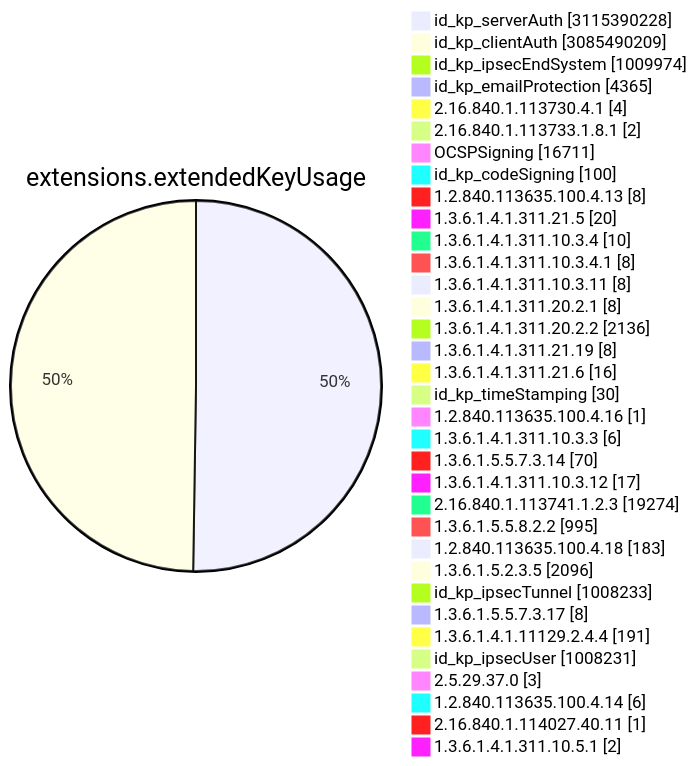
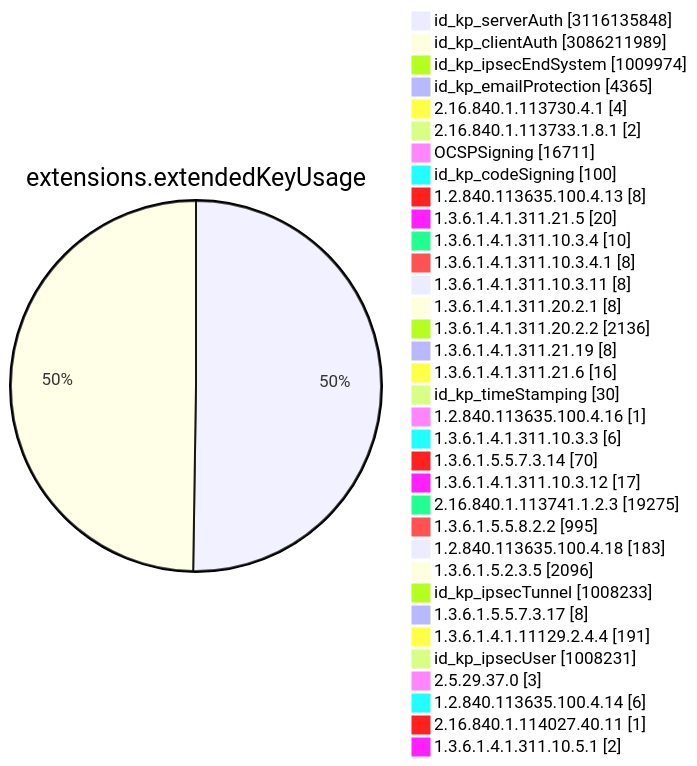
One commit to christiankrug/ctmonitor_visualization changed diagram 11 of 15 in TOTAL/README.md. Above: the diagram before and after it, drawn with Mermaid. The commit also changed other lines of this file, not shown here.

````diff
--- a/TOTAL/README.md
+++ b/TOTAL/README.md
@@ -4117,38 +4117,38 @@
 ```mermaid
 pie showData
 title extensions.extendedKeyUsage
-"id_kp_serverAuth" :3115390228
-"id_kp_clientAuth" :3085490209
+"id_kp_serverAuth" :3116135848
+"id_kp_clientAuth" :3086211989
 "id_kp_ipsecEndSystem" :1009974
 "id_kp_emailProtection" :4365
 "2.16.840.1.113730.4.1" :4
 "2.16.840.1.113733.1.8.1" :2
 "OCSPSigning" :16711
 "id_kp_codeSigning" :100
 "1.2.840.113635.100.4.13" :8
 "1.3.6.1.4.1.311.21.5" :20
 "1.3.6.1.4.1.311.10.3.4" :10
 "1.3.6.1.4.1.311.10.3.4.1" :8
 "1.3.6.1.4.1.311.10.3.11" :8
 "1.3.6.1.4.1.311.20.2.1" :8
 "1.3.6.1.4.1.311.20.2.2" :2136
 "1.3.6.1.4.1.311.21.19" :8
 "1.3.6.1.4.1.311.21.6" :16
 "id_kp_timeStamping" :30
 "1.2.840.113635.100.4.16" :1
 "1.3.6.1.4.1.311.10.3.3" :6
 "1.3.6.1.5.5.7.3.14" :70
 "1.3.6.1.4.1.311.10.3.12" :17
-"2.16.840.1.113741.1.2.3" :19274
+"2.16.840.1.113741.1.2.3" :19275
 "1.3.6.1.5.5.8.2.2" :995
 "1.2.840.113635.100.4.18" :183
 "1.3.6.1.5.2.3.5" :2096
 "id_kp_ipsecTunnel" :1008233
 "1.3.6.1.5.5.7.3.17" :8
 "1.3.6.1.4.1.11129.2.4.4" :191
 "id_kp_ipsecUser" :1008231
 "2.5.29.37.0" :3
 "1.2.840.113635.100.4.14" :6
 "2.16.840.1.114027.40.11" :1
 "1.3.6.1.4.1.311.10.5.1" :2
 ```
````
